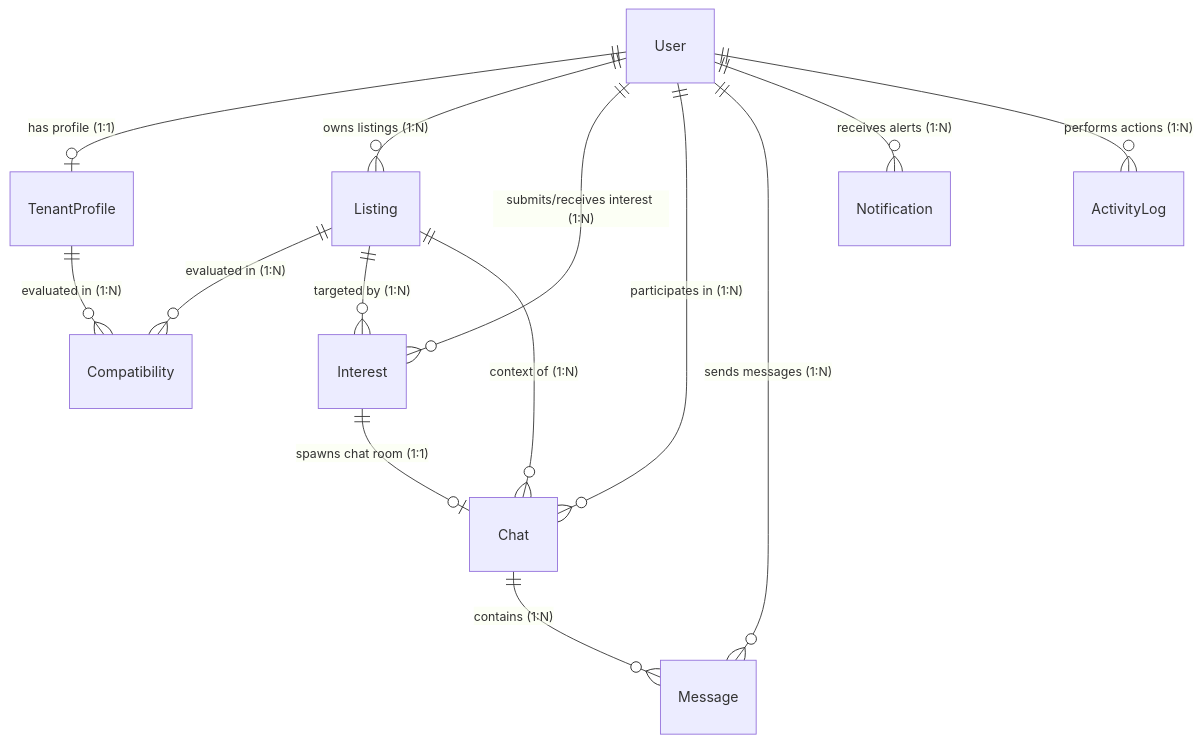
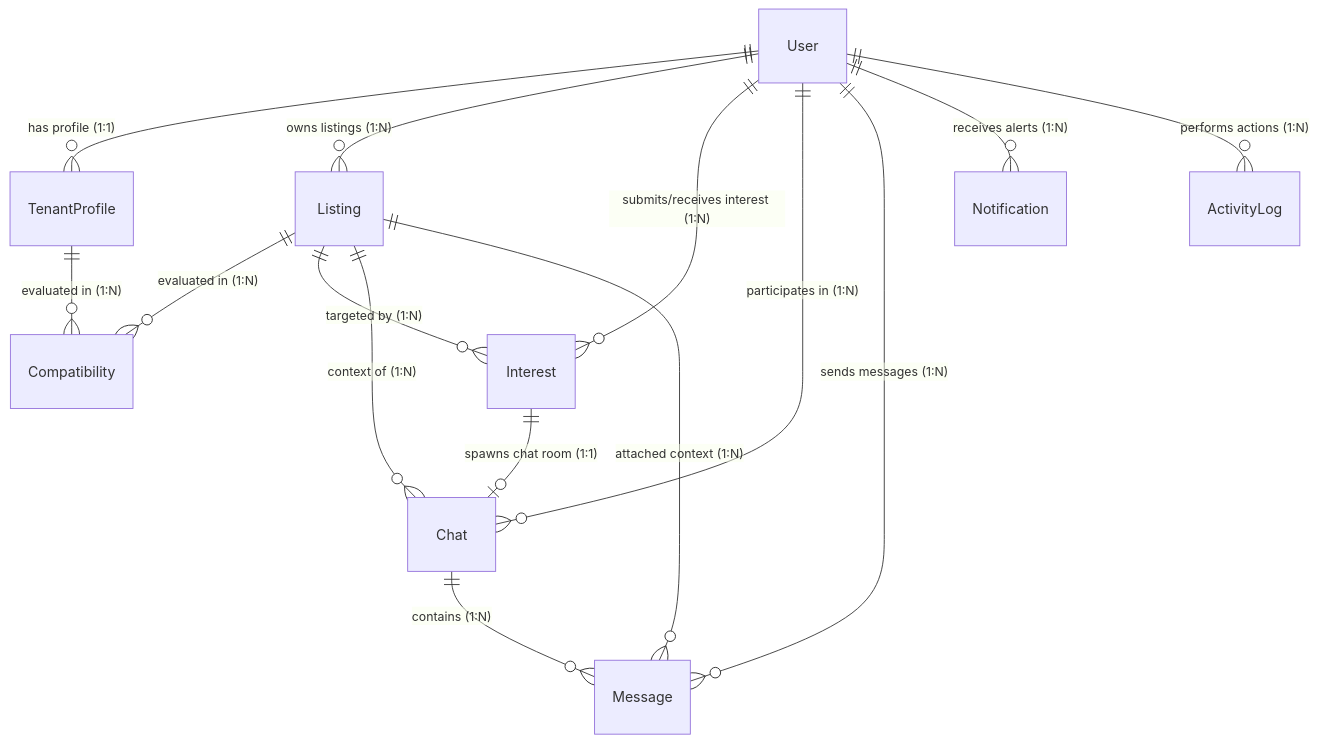
One commit to shivraj2805/Rent-Flatmate-Finder changed the diagram in documentation/database_schema.md. Above: the diagram before and after it, drawn with Mermaid. The commit also changed other lines of this file and 9 other files, not shown here.

````diff
--- a/documentation/database_schema.md
+++ b/documentation/database_schema.md
@@ -11,19 +11,20 @@
 ```mermaid
 erDiagram
-    User ||--o| TenantProfile : "has profile (1:1)"
+    User ||--o{ TenantProfile : "has profile (1:1)"
     User ||--o{ Listing : "owns listings (1:N)"
     User ||--o{ Interest : "submits/receives interest (1:N)"
     User ||--o{ Chat : "participates in (1:N)"
     User ||--o{ Message : "sends messages (1:N)"
     User ||--o{ Notification : "receives alerts (1:N)"
     User ||--o{ ActivityLog : "performs actions (1:N)"
     
     Listing ||--o{ Compatibility : "evaluated in (1:N)"
     Listing ||--o{ Interest : "targeted by (1:N)"
     Listing ||--o{ Chat : "context of (1:N)"
+    Listing ||--o{ Message : "attached context (1:N)"
     
     TenantProfile ||--o{ Compatibility : "evaluated in (1:N)"
     
     Interest ||--o| Chat : "spawns chat room (1:1)"
     Chat ||--o{ Message : "contains (1:N)"
 ```
````
